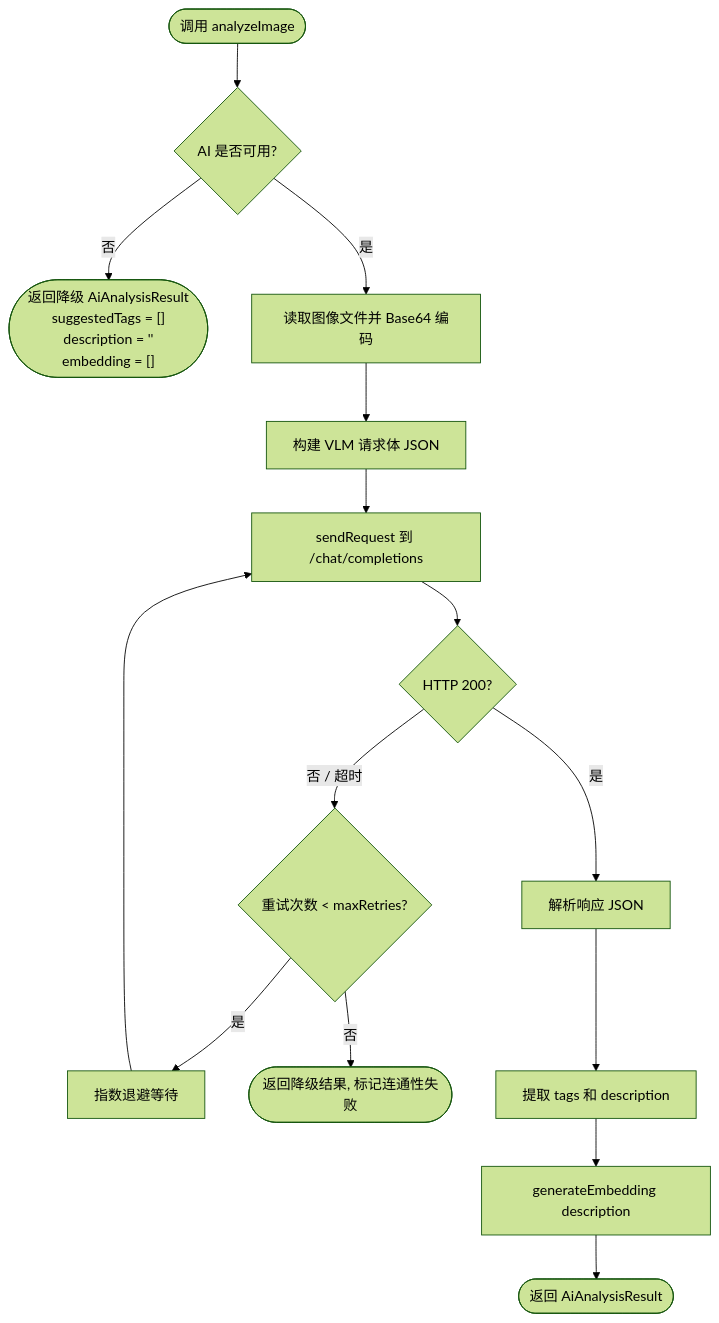
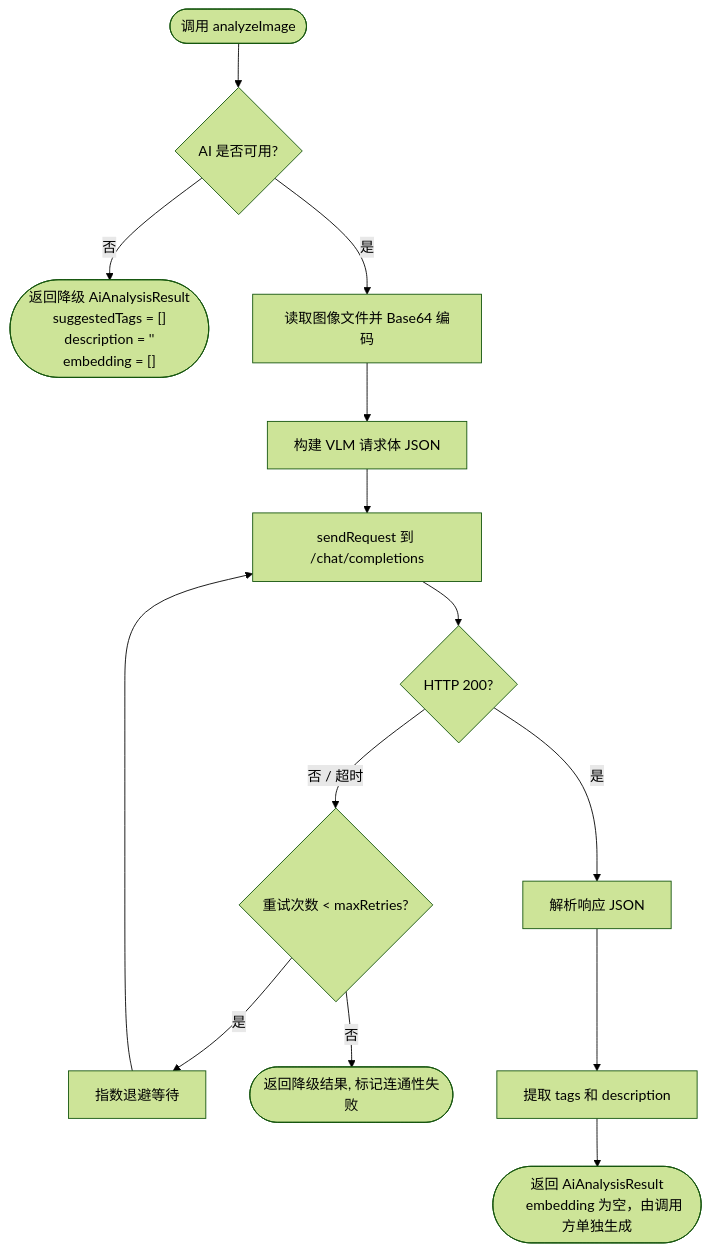
Before and after one commit to MintITes/QuickMemes: the second of 3 diagrams in docs/arch/ai_gateway.md, drawn with Mermaid (forest theme). The commit also changed other lines of this file and 8 other files, not shown here.

````diff
--- a/docs/arch/ai_gateway.md
+++ b/docs/arch/ai_gateway.md
@@ -355,19 +355,19 @@
 ```mermaid
 flowchart TD
     START([调用 analyzeImage]) --> AVAIL{AI 是否可用?}
     AVAIL -->|否| DEGRADE(["返回降级 AiAnalysisResult
     suggestedTags = []
     description = ''
     embedding = []"])
     AVAIL -->|是| B64[读取图像文件并 Base64 编码]
     B64 --> BUILD[构建 VLM 请求体 JSON]
     BUILD --> SEND[sendRequest 到 /chat/completions]
     SEND --> OK{HTTP 200?}
     OK -->|否 / 超时| RETRY{重试次数 < maxRetries?}
     RETRY -->|是| WAIT[指数退避等待] --> SEND
     RETRY -->|否| FAIL([返回降级结果, 标记连通性失败])
     OK -->|是| PARSE[解析响应 JSON]
     PARSE --> EXTRACT[提取 tags 和 description]
-    EXTRACT --> EMBED[generateEmbedding description]
-    EMBED --> RETURN([返回 AiAnalysisResult])
+    EXTRACT --> RETURN([返回 AiAnalysisResult
+    embedding 为空，由调用方单独生成])
 ```
````
